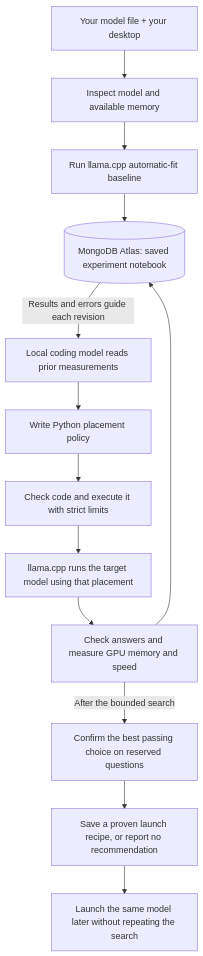
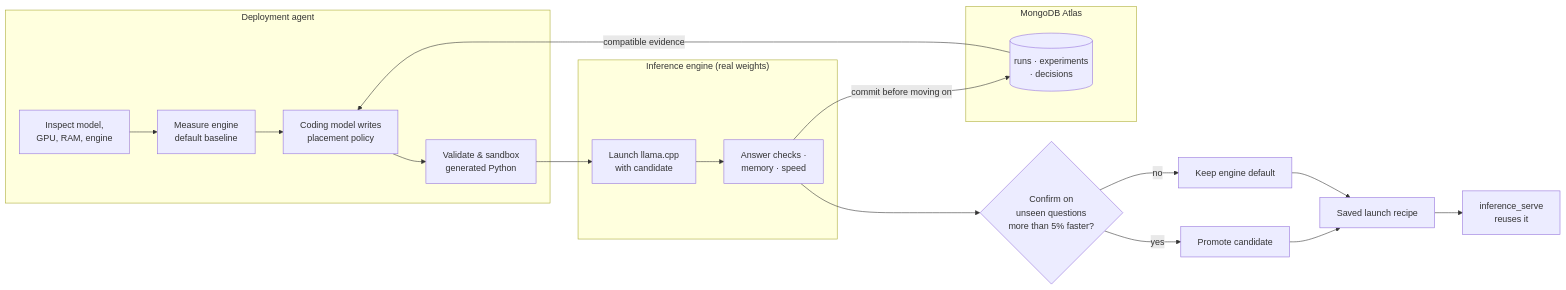
Before and after one commit to casualcomputer/atlas-gpu-harness: the diagram in README.md, drawn with Mermaid. The commit also changed other lines of this file and 2 other files, not shown here.

First line of the commit message:
Reframe as LLM deployment agent: new demo site, clear README architecture, Vercel config

````diff
--- a/README.md
+++ b/README.md
@@ -50,15 +22,21 @@
 ```mermaid
-flowchart TD
-    I[Your model file + your desktop] --> P[Inspect model and available memory]
-    P --> B[Run llama.cpp automatic-fit baseline]
-    B --> N[(MongoDB Atlas: saved experiment notebook)]
-    N -->|Results and errors guide each revision| C[Local coding model reads prior measurements]
-    C --> G[Write Python placement policy]
-    G --> V[Check code and execute it with strict limits]
-    V --> E[llama.cpp runs the target model using that placement]
-    E --> T[Check answers and measure GPU memory and speed]
-    T --> N
-    T -->|After the bounded search| H[Confirm the best passing choice on reserved questions]
-    H --> R[Save a proven launch recipe, or report no recommendation]
-    R --> U[Launch the same model later without repeating the search]
+flowchart LR
+    subgraph Agent["Deployment agent"]
+      I[Inspect model,<br/>GPU, RAM, engine] --> B[Measure engine<br/>default baseline]
+      B --> P[Coding model writes<br/>placement policy]
+      P --> V[Validate & sandbox<br/>generated Python]
+    end
+    subgraph Engine["Inference engine (real weights)"]
+      V --> R[Launch llama.cpp<br/>with candidate]
+      R --> Q[Answer checks ·<br/>memory · speed]
+    end
+    subgraph Atlas["MongoDB Atlas"]
+      DB[(runs · experiments<br/>· decisions)]
+    end
+    Q -->|commit before moving on| DB
+    DB -->|compatible evidence| P
+    Q --> C{Confirm on<br/>unseen questions<br/>more than 5% faster?}
+    C -->|yes| S[Promote candidate]
+    C -->|no| K[Keep engine default]
+    S & K --> RC[Saved launch recipe] --> SV[inference_serve<br/>reuses it]
 ```
````
